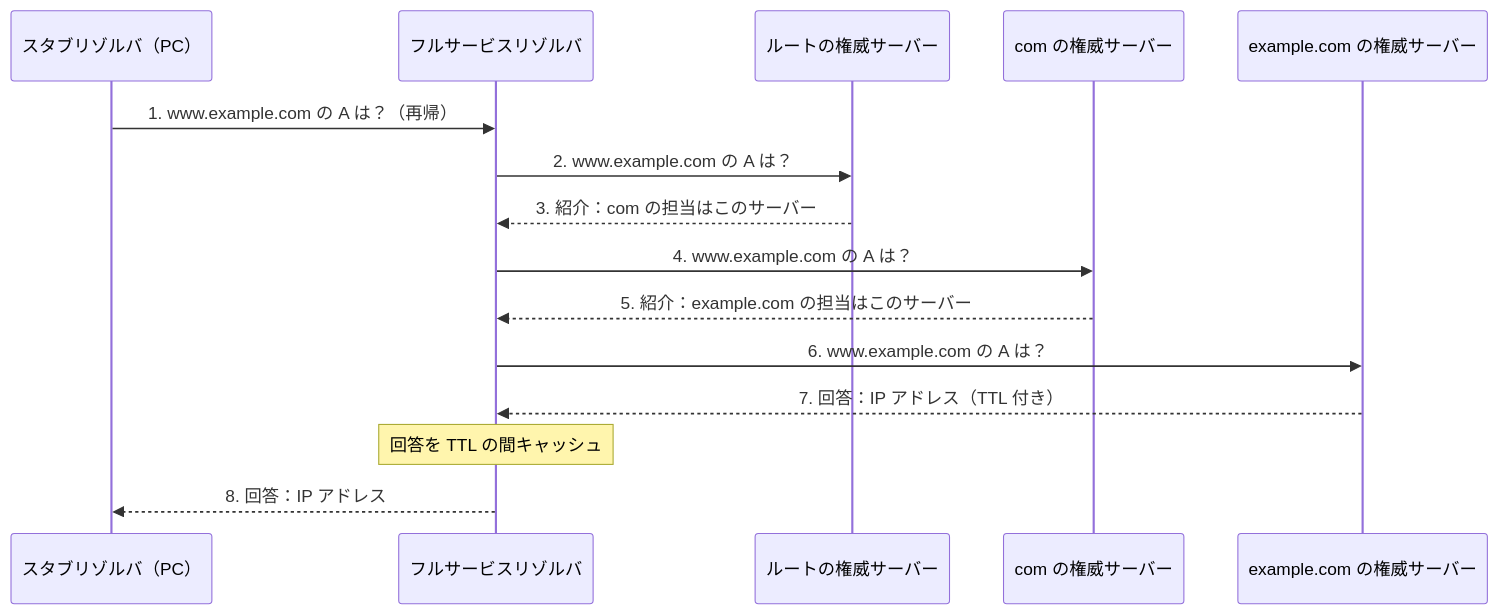
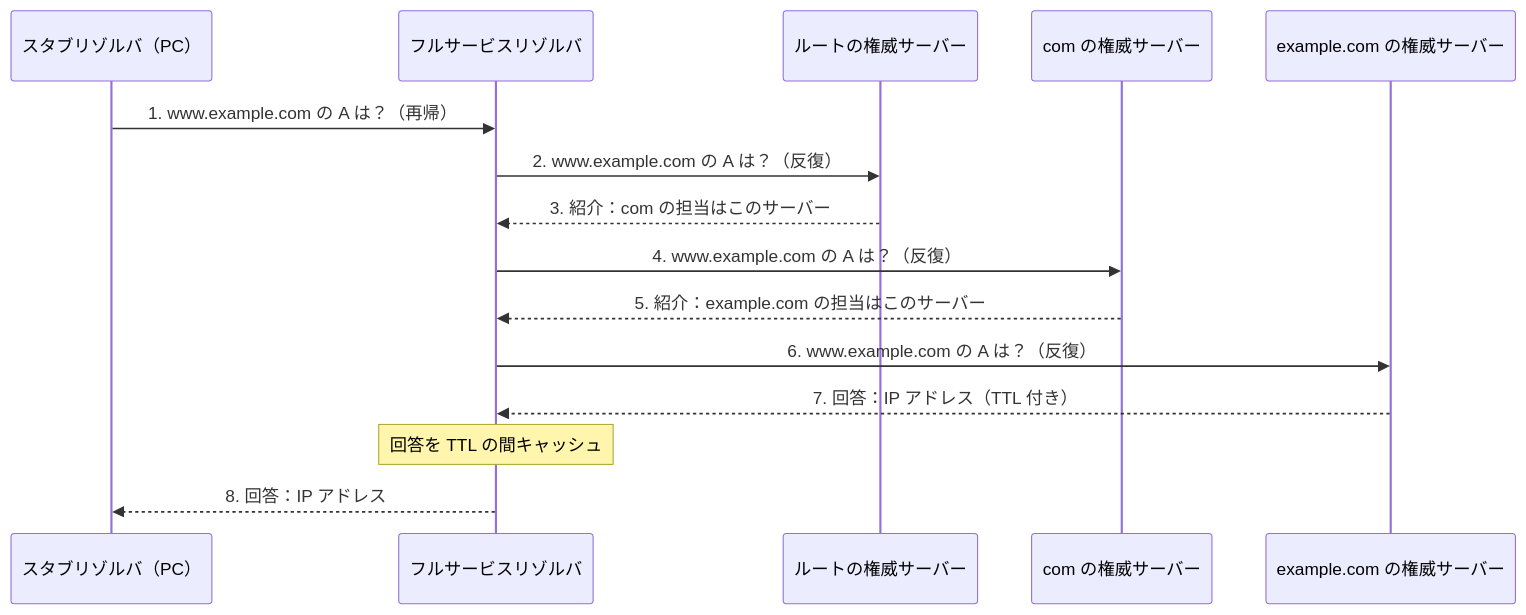
The diagram in src/content/network/dns.mdx (S-Kaisei/it-knowledge-base), drawn with Mermaid before and after one commit. The commit also changed other lines of this file and 39 other files, not shown here.

First line of the commit message:
全記事に覚え方と IPA 過去問を追加し、図を説明の近くへ移す（ADR-0011）

````diff
--- a/src/content/network/dns.mdx
+++ b/src/content/network/dns.mdx
@@ -169,18 +178,18 @@
 ```mermaid
 sequenceDiagram
   accTitle: www.example.com の A レコードを名前解決する流れ
   participant S as スタブリゾルバ（PC）
   participant R as フルサービスリゾルバ
   participant Root as ルートの権威サーバー
   participant TLD as com の権威サーバー
   participant Auth as example.com の権威サーバー
   S->>R: 1. www.example.com の A は？（再帰）
-  R->>Root: 2. www.example.com の A は？
+  R->>Root: 2. www.example.com の A は？（反復）
   Root-->>R: 3. 紹介：com の担当はこのサーバー
-  R->>TLD: 4. www.example.com の A は？
+  R->>TLD: 4. www.example.com の A は？（反復）
   TLD-->>R: 5. 紹介：example.com の担当はこのサーバー
-  R->>Auth: 6. www.example.com の A は？
+  R->>Auth: 6. www.example.com の A は？（反復）
   Auth-->>R: 7. 回答：IP アドレス（TTL 付き）
   Note over R: 回答を TTL の間キャッシュ
   R-->>S: 8. 回答：IP アドレス
 ```
````
